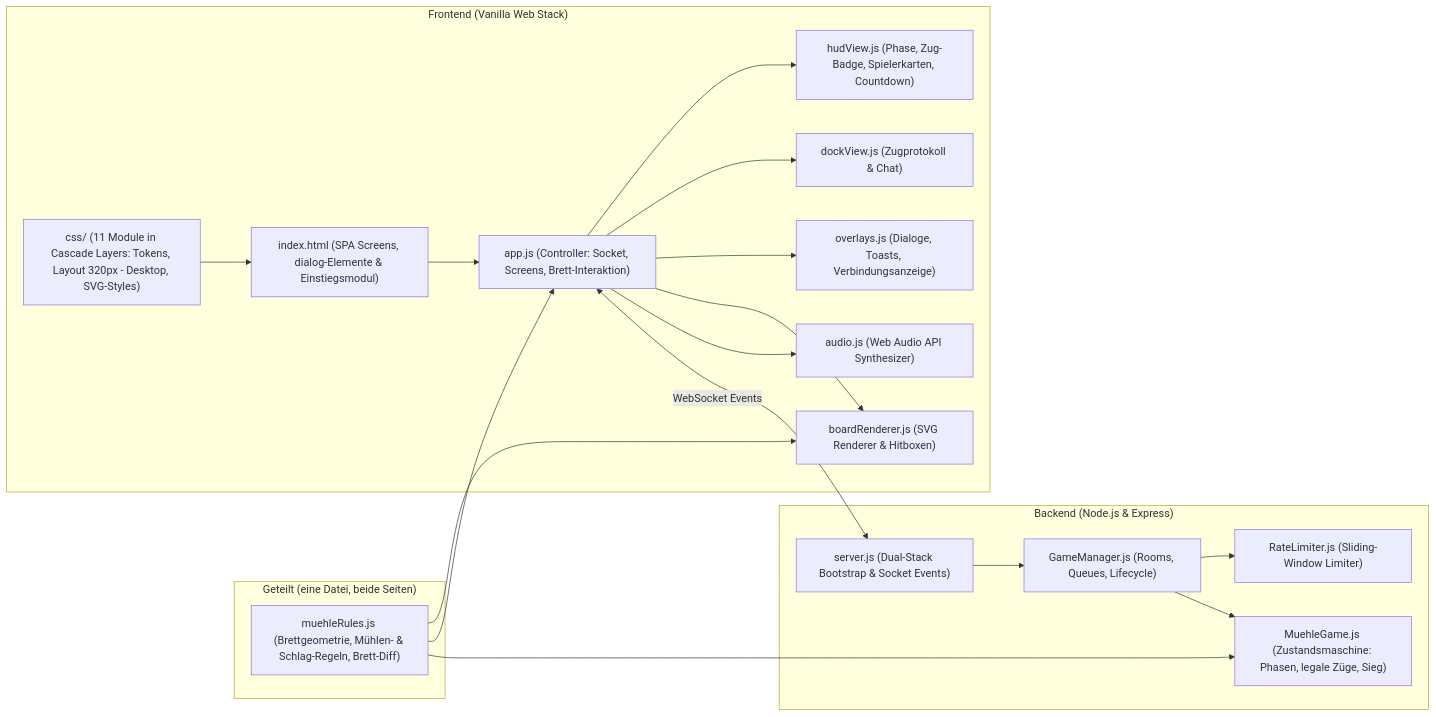
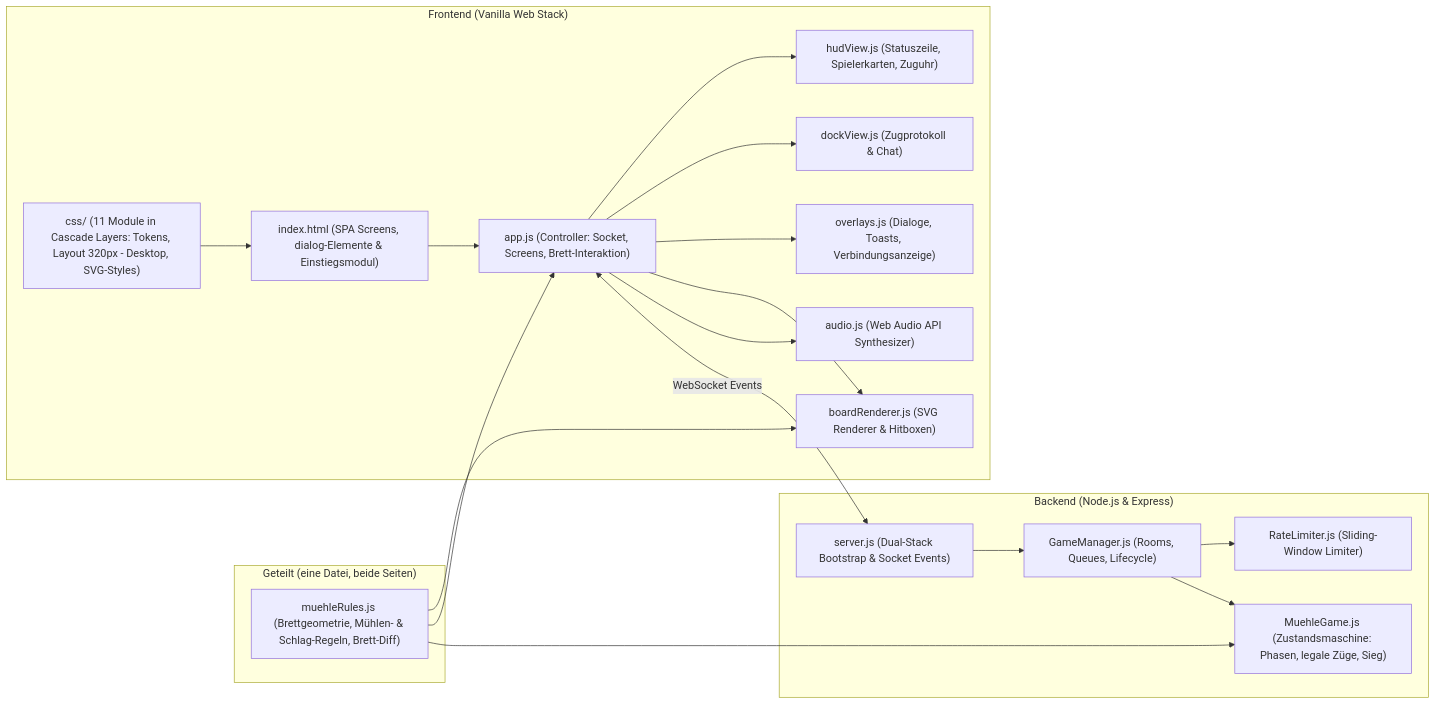
Before and after one commit to sventurbo/MuehleJS: the second of 10 diagrams in Systemmodel.md, drawn with Mermaid. The commit also changed other lines of this file and 1 other file, not shown here.

Commit message:
docs: describe the status row, the chess clock and the login form

````diff
--- a/Systemmodel.md
+++ b/Systemmodel.md
@@ -70,39 +70,39 @@
 ```mermaid
 graph LR
     subgraph Shared["Geteilt (eine Datei, beide Seiten)"]
         RULES["muehleRules.js (Brettgeometrie, Mühlen- & Schlag-Regeln, Brett-Diff)"]
     end
 
     subgraph Frontend["Frontend (Vanilla Web Stack)"]
         HTML["index.html (SPA Screens, dialog-Elemente & Einstiegsmodul)"]
         CSS["css/ (11 Module in Cascade Layers: Tokens, Layout 320px - Desktop, SVG-Styles)"]
         APP["app.js (Controller: Socket, Screens, Brett-Interaktion)"]
-        HUD["hudView.js (Phase, Zug-Badge, Spielerkarten, Countdown)"]
+        HUD["hudView.js (Statuszeile, Spielerkarten, Zuguhr)"]
         DOCK["dockView.js (Zugprotokoll & Chat)"]
         OVL["overlays.js (Dialoge, Toasts, Verbindungsanzeige)"]
         BR["boardRenderer.js (SVG Renderer & Hitboxen)"]
         AU["audio.js (Web Audio API Synthesizer)"]
     end
 
     subgraph Backend["Backend (Node.js & Express)"]
         SRV["server.js (Dual-Stack Bootstrap & Socket Events)"]
         MGR["GameManager.js (Rooms, Queues, Lifecycle)"]
         RTL["RateLimiter.js (Sliding-Window Limiter)"]
         MHL["MuehleGame.js (Zustandsmaschine: Phasen, legale Züge, Sieg)"]
     end
 
     HTML --> APP
     CSS --> HTML
     APP --> HUD
     APP --> DOCK
     APP --> OVL
     APP --> BR
     APP --> AU
     APP <-->|WebSocket Events| SRV
     SRV --> MGR
     MGR --> RTL
     MGR --> MHL
     RULES --> BR
     RULES --> APP
     RULES --> MHL
 ```
````
